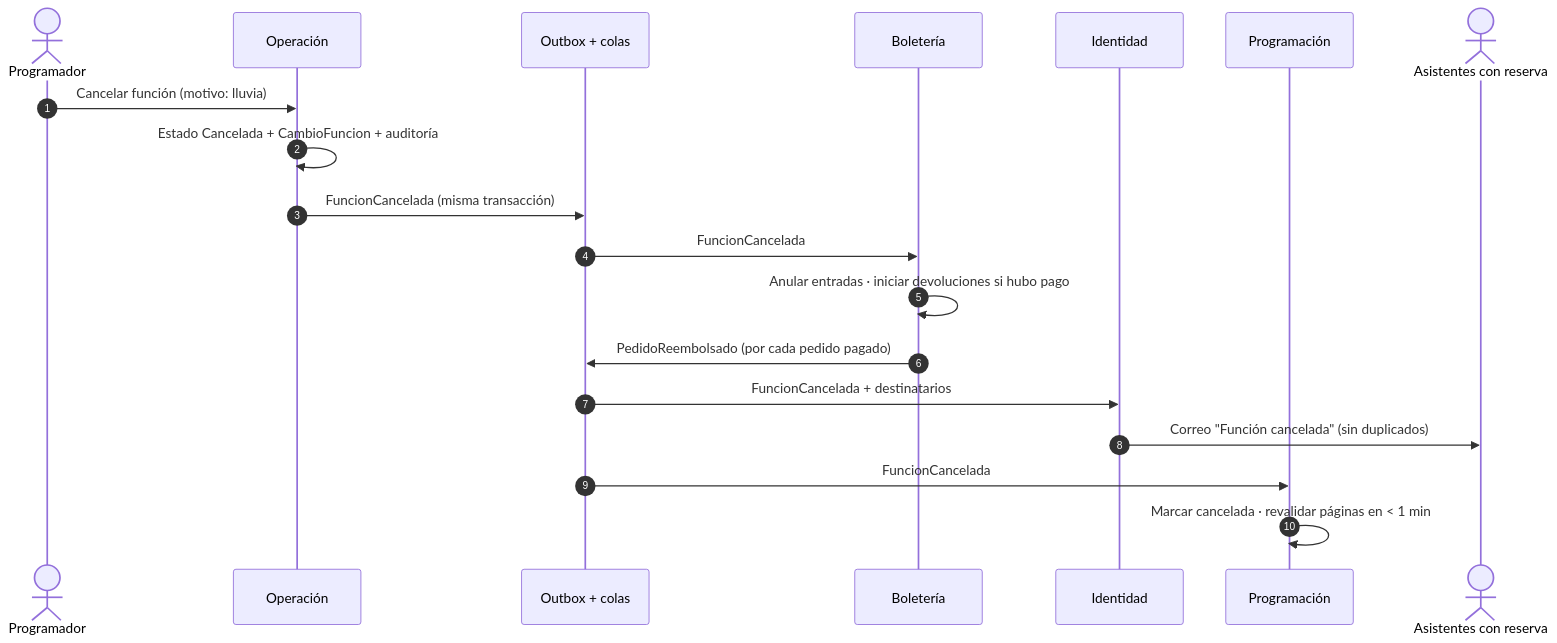
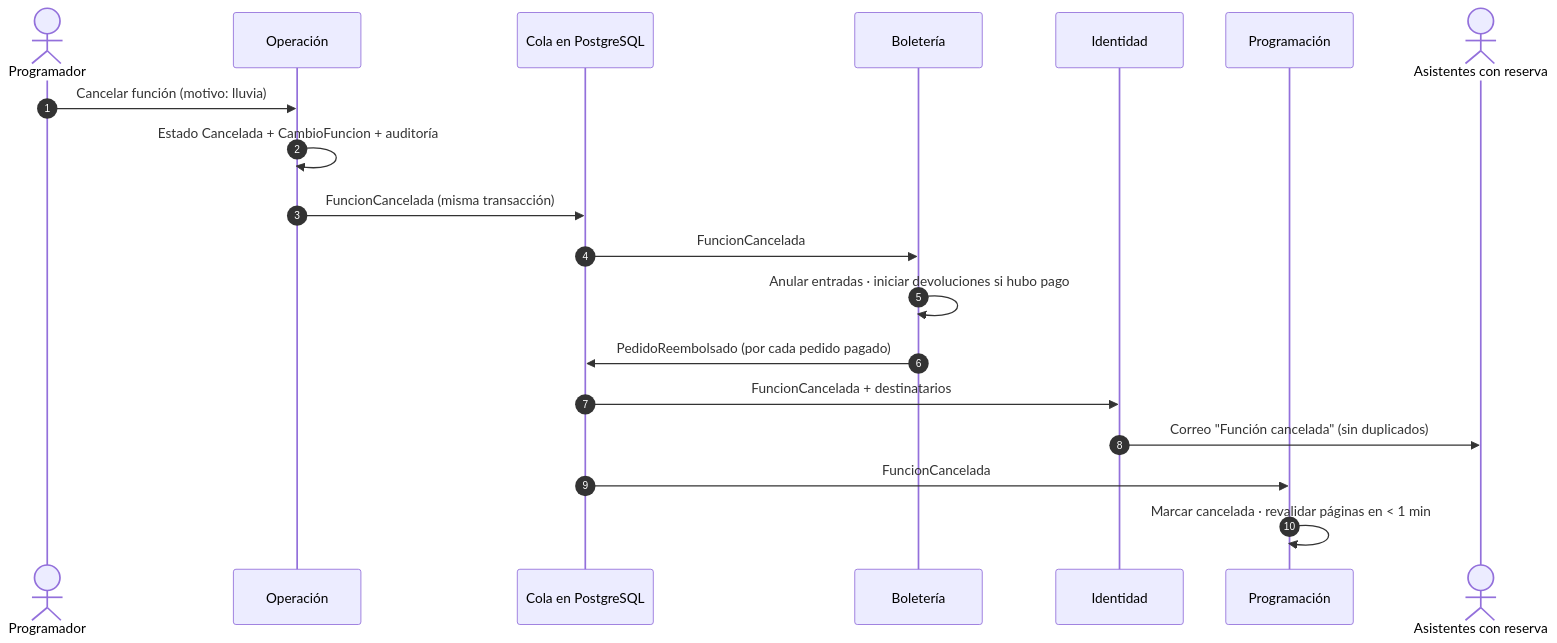
One commit to Kevrc/festival-artes-vivas-loja changed the fifth of 5 diagrams in docs/arquitectura/05-vista-escenarios.md. Above: the diagram before and after it, drawn with Mermaid. The commit also changed 5 other files, not shown here.

Commit message:
docs(arquitectura): reflejar la cola en PostgreSQL y enlazar drivers en las vistas

````diff
--- a/docs/arquitectura/05-vista-escenarios.md
+++ b/docs/arquitectura/05-vista-escenarios.md
@@ -154,21 +154,21 @@
 ```mermaid
 sequenceDiagram
     autonumber
     actor P as Programador
     participant OPE as Operación
-    participant OB as Outbox + colas
+    participant OB as Cola en PostgreSQL
     participant BOL as Boletería
     participant IDE as Identidad
     participant PRO as Programación
     actor A as Asistentes con reserva
     P->>OPE: Cancelar función (motivo: lluvia)
     OPE->>OPE: Estado Cancelada + CambioFuncion + auditoría
     OPE->>OB: FuncionCancelada (misma transacción)
     OB->>BOL: FuncionCancelada
     BOL->>BOL: Anular entradas · iniciar devoluciones si hubo pago
     BOL->>OB: PedidoReembolsado (por cada pedido pagado)
     OB->>IDE: FuncionCancelada + destinatarios
     IDE->>A: Correo "Función cancelada" (sin duplicados)
     OB->>PRO: FuncionCancelada
     PRO->>PRO: Marcar cancelada · revalidar páginas en < 1 min
 ```
````
